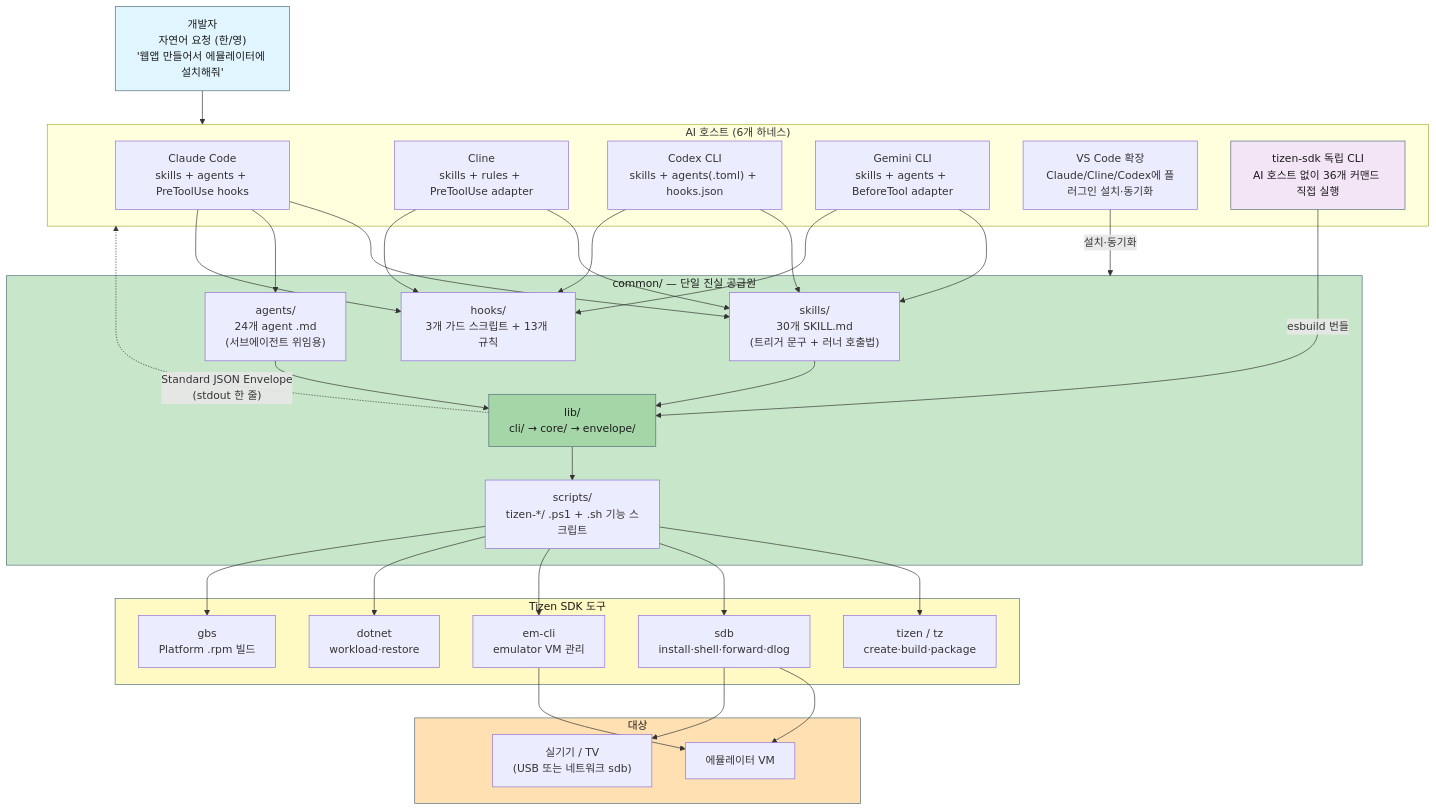
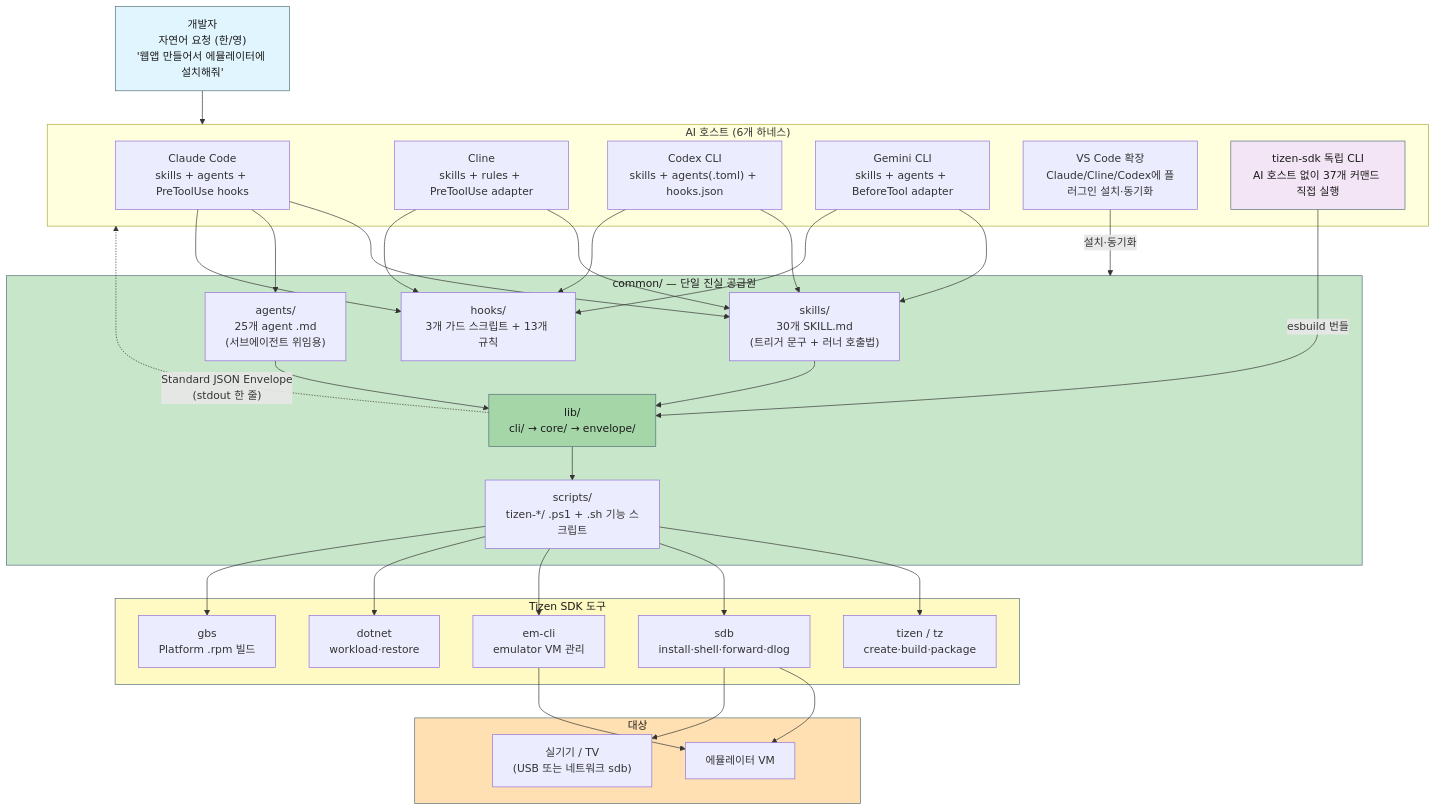
Before and after one commit to Samsung/tizen-agent-skills: the first of 10 diagrams in tizen-sdk-skills/docs/ARCHITECTURE_DIAGRAMS.md, drawn with Mermaid. The commit also changed other lines of this file and 35 other files, not shown here.

````diff
--- a/tizen-sdk-skills/docs/ARCHITECTURE_DIAGRAMS.md
+++ b/tizen-sdk-skills/docs/ARCHITECTURE_DIAGRAMS.md
@@ -15,55 +15,55 @@
 ```mermaid
 graph TB
     USER["개발자<br/>자연어 요청 (한/영)<br/>'웹앱 만들어서 에뮬레이터에 설치해줘'"]
 
     subgraph HOSTS["AI 호스트 (6개 하네스)"]
         CLAUDE["Claude Code<br/>skills + agents + PreToolUse hooks"]
         CLINE["Cline<br/>skills + rules + PreToolUse adapter"]
         CODEX["Codex CLI<br/>skills + agents(.toml) + hooks.json"]
         GEMINI["Gemini CLI<br/>skills + agents + BeforeTool adapter"]
         VSCODE["VS Code 확장<br/>Claude/Cline/Codex에 플러그인 설치·동기화"]
-        CLI["tizen-sdk 독립 CLI<br/>AI 호스트 없이 36개 커맨드 직접 실행"]
+        CLI["tizen-sdk 독립 CLI<br/>AI 호스트 없이 37개 커맨드 직접 실행"]
     end
 
     subgraph COMMON["common/ — 단일 진실 공급원"]
         SKILLS["skills/<br/>30개 SKILL.md<br/>(트리거 문구 + 러너 호출법)"]
-        AGENTS["agents/<br/>24개 agent .md<br/>(서브에이전트 위임용)"]
+        AGENTS["agents/<br/>25개 agent .md<br/>(서브에이전트 위임용)"]
         HOOKS["hooks/<br/>3개 가드 스크립트 + 13개 규칙"]
         LIB["lib/<br/>cli/ → core/ → envelope/"]
         SCRIPTS["scripts/<br/>tizen-*/ .ps1 + .sh 기능 스크립트"]
     end
 
     subgraph SDK["Tizen SDK 도구"]
         TZ["tizen / tz<br/>create·build·package"]
         SDB["sdb<br/>install·shell·forward·dlog"]
         EMCLI["em-cli<br/>emulator VM 관리"]
         DOTNET["dotnet<br/>workload·restore"]
         GBS["gbs<br/>Platform .rpm 빌드"]
     end
 
     subgraph TARGET["대상"]
         EMU["에뮬레이터 VM"]
         DEV["실기기 / TV<br/>(USB 또는 네트워크 sdb)"]
     end
 
     USER --> HOSTS
     CLAUDE & CLINE & CODEX & GEMINI --> SKILLS
     CLAUDE --> AGENTS
     CLAUDE & CLINE & CODEX & GEMINI --> HOOKS
     VSCODE -->|"설치·동기화"| COMMON
     SKILLS --> LIB
     AGENTS --> LIB
     CLI -->|"esbuild 번들"| LIB
     LIB --> SCRIPTS
     SCRIPTS --> TZ & SDB & EMCLI & DOTNET & GBS
     SDB --> EMU & DEV
     EMCLI --> EMU
     LIB -.->|"Standard JSON Envelope<br/>(stdout 한 줄)"| HOSTS
 
     style USER fill:#e1f5fe,stroke:#546e7a,color:#1a1a1a
     style COMMON fill:#c8e6c9,stroke:#546e7a,color:#1a1a1a
     style LIB fill:#a5d6a7,stroke:#546e7a,color:#1a1a1a
     style SDK fill:#fff9c4,stroke:#546e7a,color:#1a1a1a
     style TARGET fill:#ffe0b2,stroke:#546e7a,color:#1a1a1a
     style CLI fill:#f3e5f5,stroke:#546e7a,color:#1a1a1a
 ```
````
